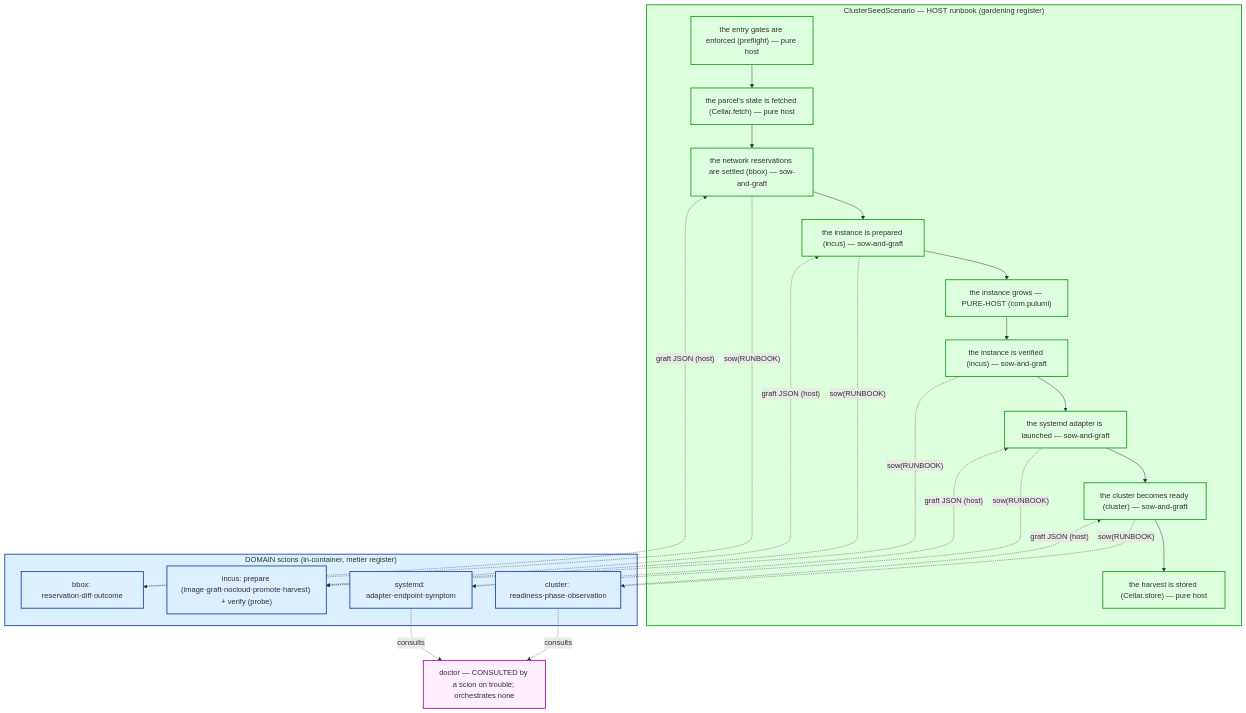
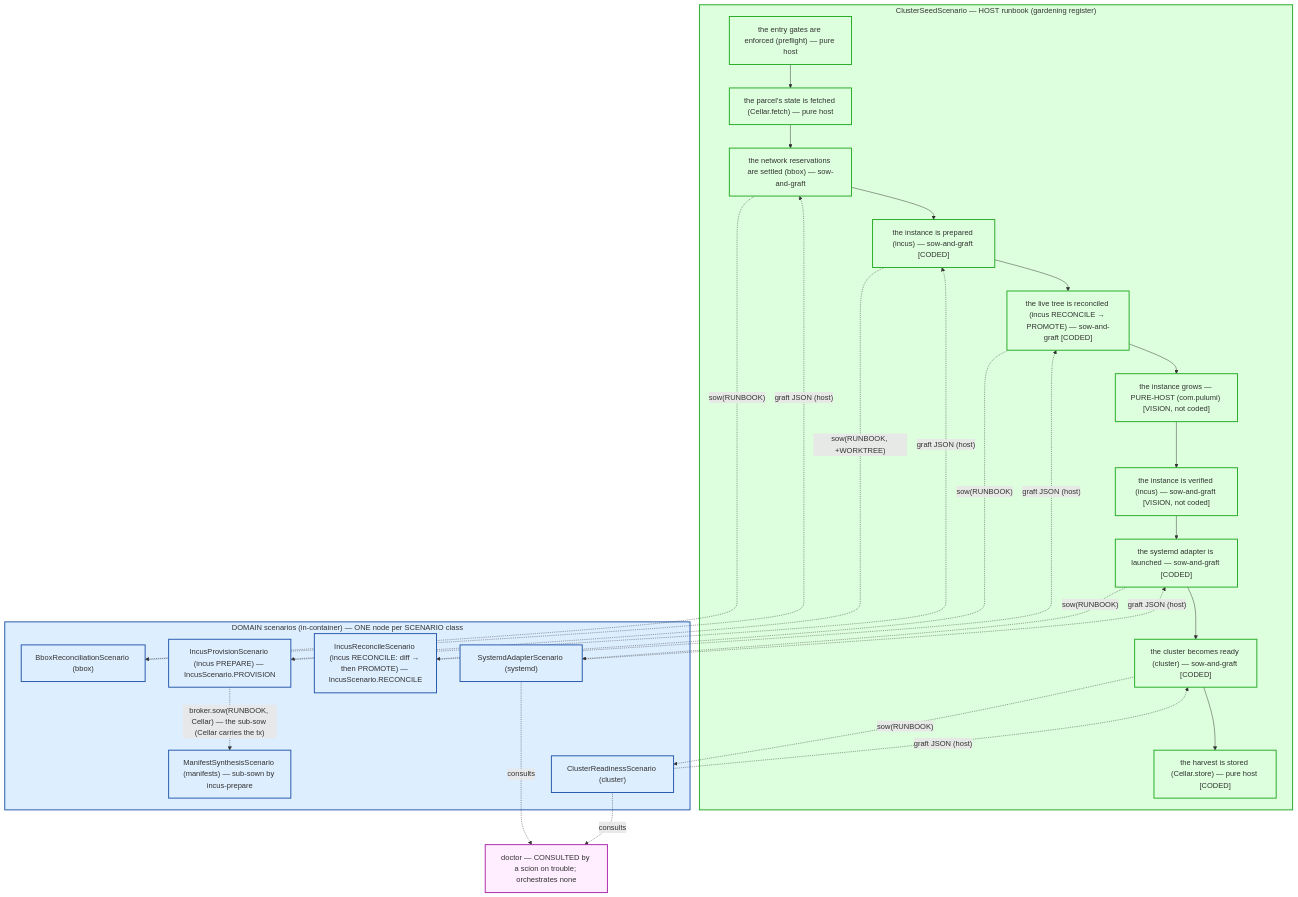
Before and after one commit to nxmatic/rke2lab: the fourth of 4 diagrams in docs/architecture/bdd/bdd.adoc, drawn with Mermaid. The commit also changed other lines of this file and 23 other files, not shown here.

First line of the commit message:
docs: align the whole doc tree on the codebase + the GROW/cellar vision

```diff
--- a/docs/architecture/bdd/bdd.adoc
+++ b/docs/architecture/bdd/bdd.adoc
@@ -397,42 +397,47 @@
 [mermaid]
 ....
 flowchart TB
   subgraph root["ClusterSeedScenario — HOST runbook (gardening register)"]
     r0["the entry gates are enforced (preflight) — pure host"]
     rc["the parcel's state is fetched (Cellar.fetch) — pure host"]
     r1["the network reservations are settled (bbox) — sow-and-graft"]
-    r2a["the instance is prepared (incus) — sow-and-graft"]
-    r2b["the instance grows — PURE-HOST (com.pulumi)"]
-    r2c["the instance is verified (incus) — sow-and-graft"]
-    r3["the systemd adapter is launched — sow-and-graft"]
-    r4["the cluster becomes ready (cluster) — sow-and-graft"]
-    r5["the harvest is stored (Cellar.store) — pure host"]
-    r0 --> rc --> r1 --> r2a --> r2b --> r2c --> r3 --> r4 --> r5
+    r2a["the instance is prepared (incus) — sow-and-graft [CODED]"]
+    r2r["the live tree is reconciled (incus RECONCILE → PROMOTE) — sow-and-graft [CODED]"]
+    r2b["the instance grows — PURE-HOST (com.pulumi) [VISION, not coded]"]
+    r2c["the instance is verified (incus) — sow-and-graft [VISION, not coded]"]
+    r3["the systemd adapter is launched — sow-and-graft [CODED]"]
+    r4["the cluster becomes ready (cluster) — sow-and-graft [CODED]"]
+    r5["the harvest is stored (Cellar.store) — pure host [CODED]"]
+    r0 --> rc --> r1 --> r2a --> r2r --> r2b --> r2c --> r3 --> r4 --> r5
   end
-  subgraph scions["DOMAIN scions (in-container, metier register)"]
-    s1["bbox: reservation·diff·outcome"]
-    s2["incus: prepare (image·graft·nocloud·promote·harvest) + verify (probe)"]
-    s3["systemd: adapter·endpoint·symptom"]
-    s4["cluster: readiness·phase·observation"]
+  subgraph scions["DOMAIN scenarios (in-container) — ONE node per SCENARIO class"]
+    s1["BboxReconciliationScenario (bbox)"]
+    s2p["IncusProvisionScenario (incus PREPARE) — IncusScenario.PROVISION"]
+    s2r["IncusReconcileScenario (incus RECONCILE: diff → then PROMOTE) — IncusScenario.RECONCILE"]
+    sman["ManifestSynthesisScenario (manifests) — sub-sown by incus-prepare"]
+    s3["SystemdAdapterScenario (systemd)"]
+    s4["ClusterReadinessScenario (cluster)"]
   end
   doctor["doctor — CONSULTED by a scion on trouble; orchestrates none"]
   r1 -."sow(RUNBOOK)".-> s1
-  r2a -."sow(RUNBOOK)".-> s2
-  r2c -."sow(RUNBOOK)".-> s2
+  r2a -."sow(RUNBOOK, +WORKTREE)".-> s2p
+  r2r -."sow(RUNBOOK)".-> s2r
   r3 -."sow(RUNBOOK)".-> s3
   r4 -."sow(RUNBOOK)".-> s4
+  s2p -."broker.sow(RUNBOOK, Cellar) — the sub-sow (Cellar carries the tx)".-> sman
   s1 -.graft JSON (host).-> r1
-  s2 -.graft JSON (host).-> r2a
+  s2p -.graft JSON (host).-> r2a
+  s2r -.graft JSON (host).-> r2r
   s3 -.graft JSON (host).-> r3
   s4 -.graft JSON (host).-> r4
   s3 -.consults.-> doctor
   s4 -.consults.-> doctor
 
   classDef host fill:#dfd,stroke:#2a2,stroke-width:2px;
   classDef dom fill:#def,stroke:#25a,stroke-width:2px;
   classDef doc fill:#fef,stroke:#a2a,stroke-width:2px;
-  class root,r0,rc,r1,r2a,r2c,r3,r4,r5 host;
+  class root,r0,rc,r1,r2a,r2r,r2c,r3,r4,r5 host;
   class r2b host;
-  class scions,s1,s2,s3,s4 dom;
+  class scions,s1,s2p,s2r,sman,s3,s4 dom;
   class doctor doc;
 ....
```
